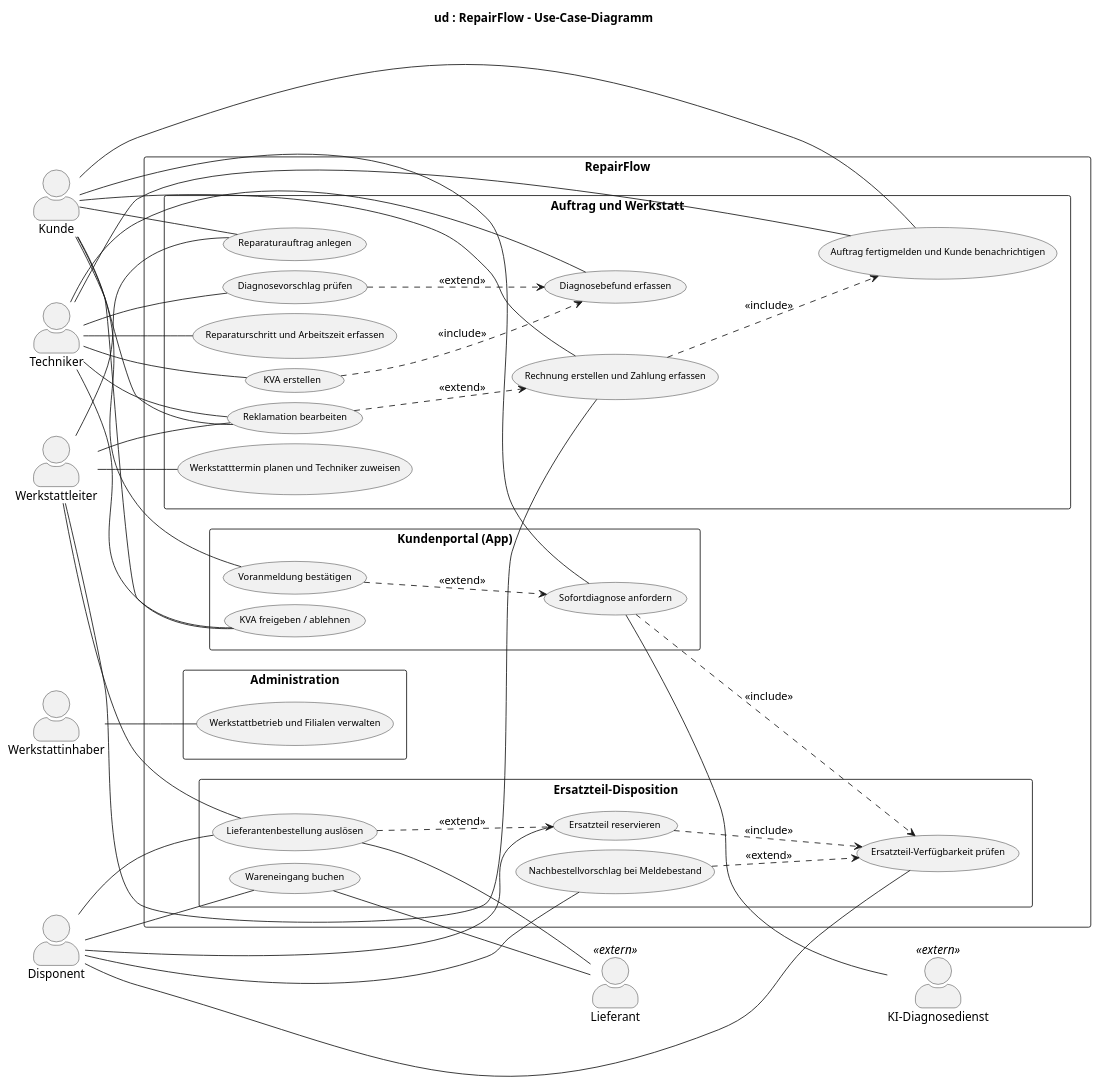
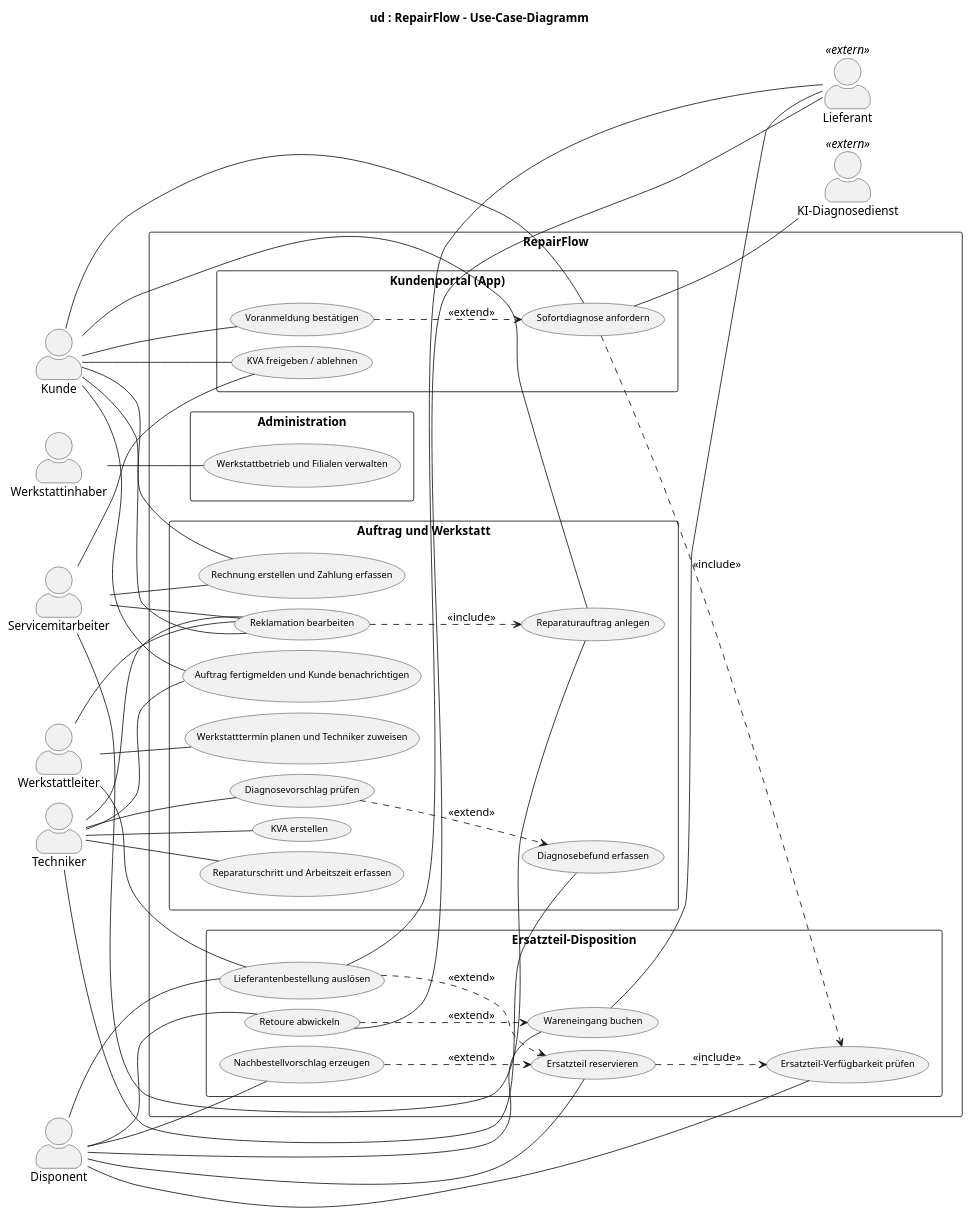
Before and after one commit to jakobschwan123-cmd/casestudy-semester-3: the diagram in uml/usecase.puml, drawn with PlantUML. The commit also changed 75 other files, not shown here.

```diff
--- a/uml/usecase.puml
+++ b/uml/usecase.puml
@@ -1,87 +1,91 @@
 @startuml
 left to right direction
 skinparam packageStyle rectangle
 skinparam defaultFontName Arial
 skinparam usecaseFontSize 11
 skinparam actorStyle awesome
 skinparam nodesep 12
 skinparam ranksep 60
 title ud : RepairFlow – Use-Case-Diagramm
 
 actor "Kunde" as Kunde
 actor "Techniker" as Techniker
+actor "Servicemitarbeiter" as Servicemitarbeiter
 actor "Disponent" as Disponent
 actor "Werkstattleiter" as Werkstattleiter
 actor "Werkstattinhaber" as Werkstattinhaber
 
 rectangle "RepairFlow" {
   rectangle "Kundenportal (App)" {
     usecase "Sofortdiagnose anfordern" as UC01
     usecase "Voranmeldung bestätigen" as UC02
     usecase "KVA freigeben / ablehnen" as UC07
   }
   rectangle "Auftrag und Werkstatt" {
     usecase "Reparaturauftrag anlegen" as UC03
     usecase "Werkstatttermin planen und Techniker zuweisen" as UC17
     usecase "Diagnosevorschlag prüfen" as UC04
     usecase "Diagnosebefund erfassen" as UC05
     usecase "KVA erstellen" as UC06
     usecase "Reparaturschritt und Arbeitszeit erfassen" as UC13
     usecase "Auftrag fertigmelden und Kunde benachrichtigen" as UC14
     usecase "Rechnung erstellen und Zahlung erfassen" as UC15
     usecase "Reklamation bearbeiten" as UC16
   }
   rectangle "Ersatzteil-Disposition" {
     usecase "Ersatzteil-Verfügbarkeit prüfen" as UC08
     usecase "Ersatzteil reservieren" as UC09
     usecase "Lieferantenbestellung auslösen" as UC10
     usecase "Wareneingang buchen" as UC11
-    usecase "Nachbestellvorschlag bei Meldebestand" as UC12
+    usecase "Nachbestellvorschlag erzeugen" as UC12
+    usecase "Retoure abwickeln" as UC19
   }
   rectangle "Administration" {
     usecase "Werkstattbetrieb und Filialen verwalten" as UC18
   }
 }
 
 actor "Lieferant" as Lieferant <<extern>>
 actor "KI-Diagnosedienst" as KIDienst <<extern>>
 
 Kunde -- UC01
 Kunde -- UC02
 Kunde -- UC03
 Kunde -- UC07
 Kunde -- UC14
 Kunde -- UC15
 Kunde -- UC16
 Techniker -- UC04
 Techniker -- UC05
 Techniker -- UC06
-Techniker -- UC07
 Techniker -- UC13
 Techniker -- UC14
 Techniker -- UC16
+Servicemitarbeiter -- UC03
+Servicemitarbeiter -- UC07
+Servicemitarbeiter -- UC15
+Servicemitarbeiter -- UC16
 Disponent -- UC08
 Disponent -- UC09
 Disponent -- UC10
 Disponent -- UC11
 Disponent -- UC12
-Werkstattleiter -- UC03
+Disponent -- UC19
 Werkstattleiter -- UC10
-Werkstattleiter -- UC15
 Werkstattleiter -- UC16
 Werkstattleiter -- UC17
 Werkstattinhaber -- UC18
 UC10 -- Lieferant
 UC11 -- Lieferant
+UC19 -- Lieferant
 UC01 -- KIDienst
 
 UC01 ..> UC08 : <<include>>
-UC06 ..> UC05 : <<include>>
 UC09 ..> UC08 : <<include>>
-UC15 ..> UC14 : <<include>>
+UC16 ..> UC03 : <<include>>
 UC02 ..> UC01 : <<extend>>
 UC04 ..> UC05 : <<extend>>
 UC10 ..> UC09 : <<extend>>
-UC12 ..> UC08 : <<extend>>
-UC16 ..> UC15 : <<extend>>
+UC12 ..> UC09 : <<extend>>
+UC19 ..> UC11 : <<extend>>
 @enduml
```
